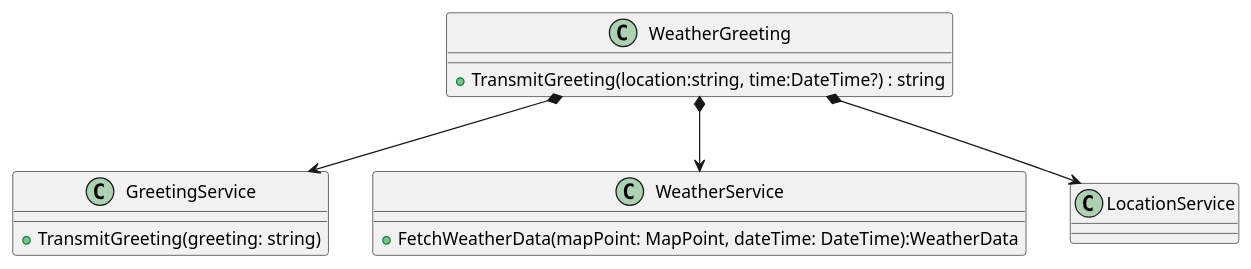
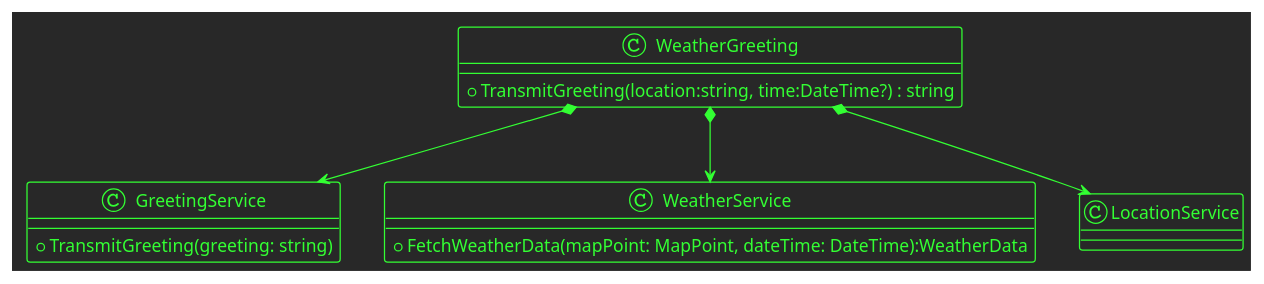
The diagram in WeatherGreeting/WeatherGreeting/WeatherGreeting.puml (d-german/weather-greeting), drawn with PlantUML before and after one commit.

Commit message:
made some changes

```diff
--- a/WeatherGreeting/WeatherGreeting/WeatherGreeting.puml
+++ b/WeatherGreeting/WeatherGreeting/WeatherGreeting.puml
@@ -1,16 +1,17 @@
 @startuml
+!theme crt-green
 class WeatherGreeting {
     + TransmitGreeting(location:string, time:DateTime?) : string
 }
 
 class GreetingService {
 + TransmitGreeting(greeting: string)
 }
 
 class WeatherService {
 + FetchWeatherData(mapPoint: MapPoint, dateTime: DateTime):WeatherData
 }
 WeatherGreeting *--> GreetingService
 WeatherGreeting *--> WeatherService
 WeatherGreeting *--> LocationService
 @enduml
```
